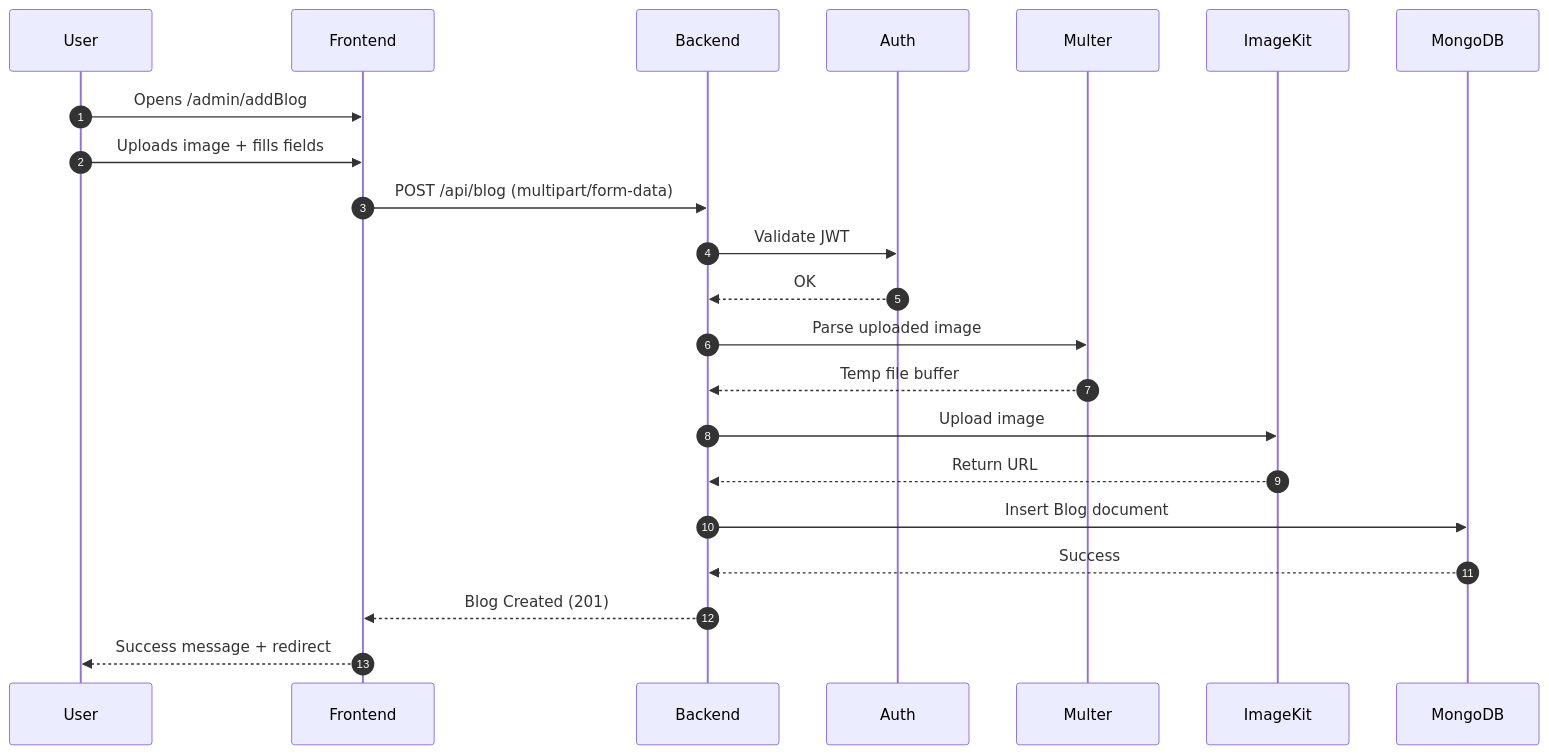
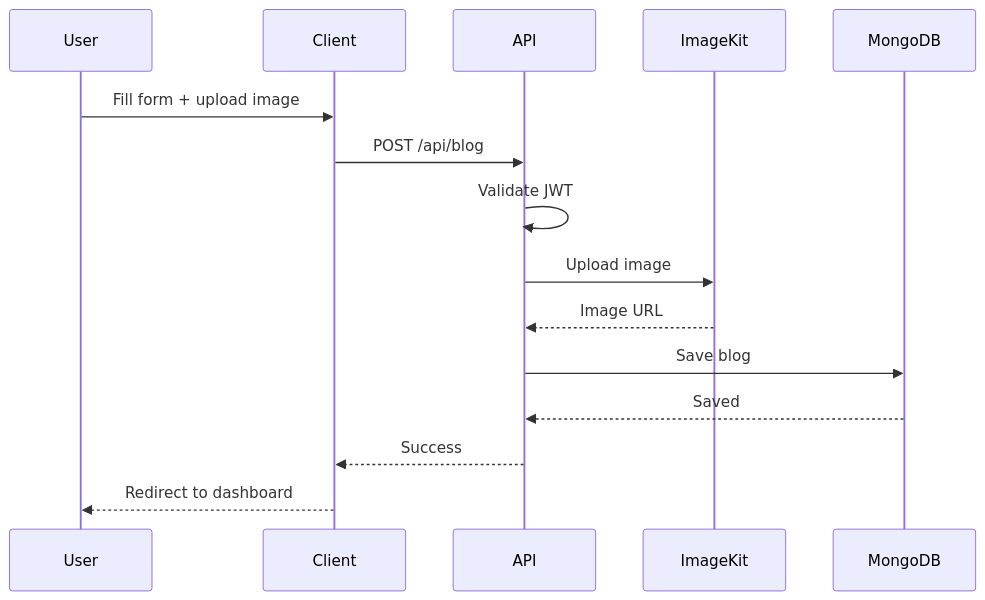
The second of 4 diagrams in README.md (VIKRAMANR7/VikramanBlog), drawn with Mermaid before and after one commit. The commit also changed other lines of this file and 25 other files, not shown here.

````diff
--- a/README.md
+++ b/README.md
@@ -117,21 +63,18 @@
 ```mermaid
 sequenceDiagram
-    autonumber
-    User->>Frontend: Opens /admin/addBlog
-    User->>Frontend: Uploads image + fills fields
-    Frontend->>Backend: POST /api/blog (multipart/form-data)
-    Backend->>Auth: Validate JWT
-    Auth-->>Backend: OK
+    participant User
+    participant Client
+    participant API
+    participant ImageKit
+    participant MongoDB
 
-    Backend->>Multer: Parse uploaded image
-    Multer-->>Backend: Temp file buffer
-
-    Backend->>ImageKit: Upload image
-    ImageKit-->>Backend: Return URL
-
-    Backend->>MongoDB: Insert Blog document
-    MongoDB-->>Backend: Success
-
-    Backend-->>Frontend: Blog Created (201)
-    Frontend-->>User: Success message + redirect
+    User->>Client: Fill form + upload image
+    Client->>API: POST /api/blog
+    API->>API: Validate JWT
+    API->>ImageKit: Upload image
+    ImageKit-->>API: Image URL
+    API->>MongoDB: Save blog
+    MongoDB-->>API: Saved
+    API-->>Client: Success
+    Client-->>User: Redirect to dashboard
 ```
````
